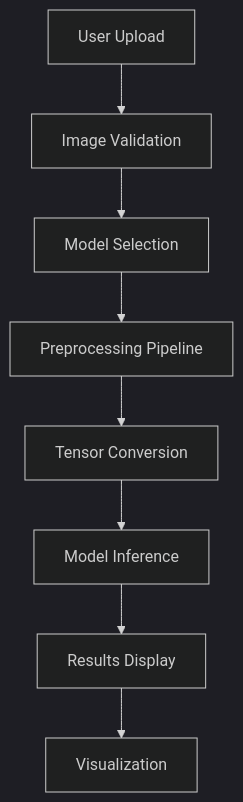
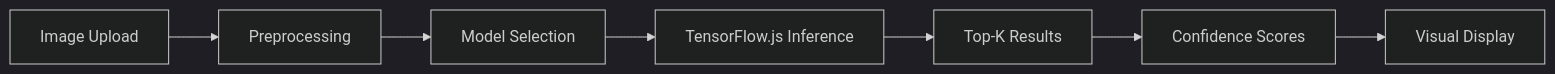
The diagram in README.md (Kedhareswer/knowledge-flow-chatbot-38), drawn with Mermaid (dark theme) before and after one commit. The commit also changed other lines of this file and 5 other files, not shown here.

First line of the commit message:
Implement image classification with model selection

````diff
--- a/README.md
+++ b/README.md
@@ -42,10 +61,9 @@
 ```mermaid
-graph TD
-    A[User Upload] --> B[Image Validation]
-    B --> C[Model Selection]  
-    C --> D[Preprocessing Pipeline]
-    D --> E[Tensor Conversion]
-    E --> F[Model Inference]
-    F --> G[Results Display]
-    G --> H[Visualization]
+graph LR
+    A[Image Upload] --> B[Preprocessing]
+    B --> C[Model Selection]
+    C --> D[TensorFlow.js Inference]
+    D --> E[Top-K Results]
+    E --> F[Confidence Scores]
+    F --> G[Visual Display]
 ```
````
